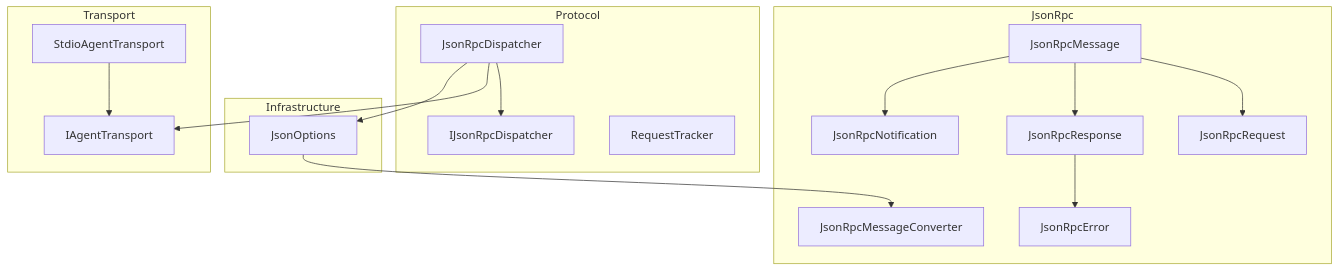
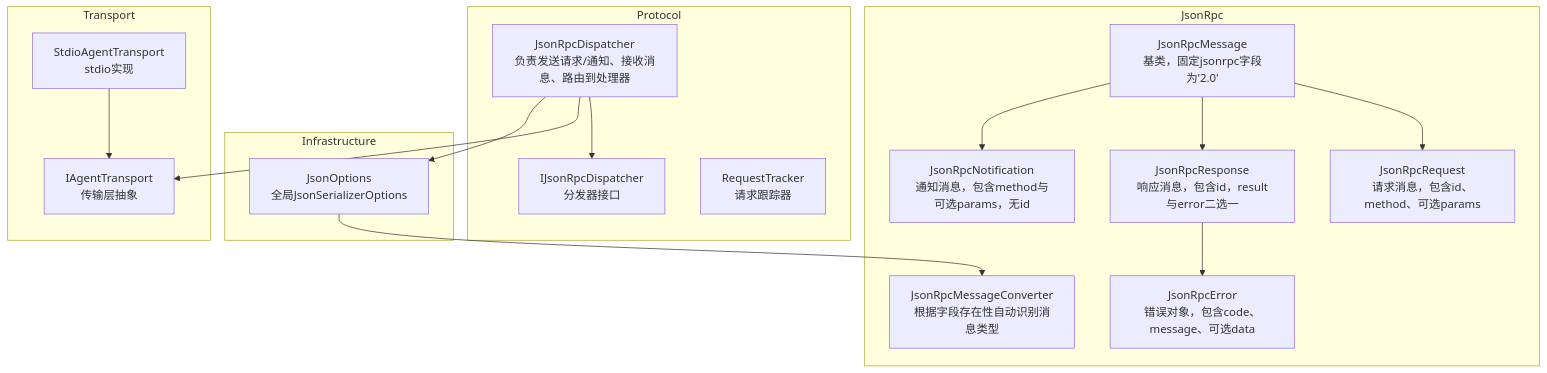
One commit to AgenticDesktop/ACPLibrary changed the first of 6 diagrams in .qoder/repowiki/zh/content/JSON-RPC消息.md. Above: the diagram before and after it, drawn with Mermaid. The commit also changed other lines of this file and 22 other files, not shown here.

````diff
--- a/.qoder/repowiki/zh/content/JSON-RPC消息.md
+++ b/.qoder/repowiki/zh/content/JSON-RPC消息.md
@@ -41,32 +49,32 @@
 ```mermaid
 graph TB
 subgraph "JsonRpc"
-M["JsonRpcMessage"]
-Rq["JsonRpcRequest"]
-Rs["JsonRpcResponse"]
-Nt["JsonRpcNotification"]
-Er["JsonRpcError"]
-Cvt["JsonRpcMessageConverter"]
+M["JsonRpcMessage<br/>基类，固定jsonrpc字段为'2.0'"]
+Rq["JsonRpcRequest<br/>请求消息，包含id、method、可选params"]
+Rs["JsonRpcResponse<br/>响应消息，包含id，result与error二选一"]
+Nt["JsonRpcNotification<br/>通知消息，包含method与可选params，无id"]
+Er["JsonRpcError<br/>错误对象，包含code、message、可选data"]
+Cvt["JsonRpcMessageConverter<br/>根据字段存在性自动识别消息类型"]
 end
 subgraph "Infrastructure"
-Opt["JsonOptions"]
+Opt["JsonOptions<br/>全局JsonSerializerOptions"]
 end
 subgraph "Protocol"
-Disp["JsonRpcDispatcher"]
-IfDisp["IJsonRpcDispatcher"]
-RT["RequestTracker"]
+Disp["JsonRpcDispatcher<br/>负责发送请求/通知、接收消息、路由到处理器"]
+IfDisp["IJsonRpcDispatcher<br/>分发器接口"]
+RT["RequestTracker<br/>请求跟踪器"]
 end
 subgraph "Transport"
-TrIf["IAgentTransport"]
-Stdio["StdioAgentTransport"]
+TrIf["IAgentTransport<br/>传输层抽象"]
+Stdio["StdioAgentTransport<br/>stdio实现"]
 end
 M --> Rq
 M --> Rs
 M --> Nt
 Rs --> Er
 Opt --> Cvt
 Disp --> IfDisp
 Disp --> TrIf
 Disp --> Opt
 Stdio --> TrIf
 ```
````
